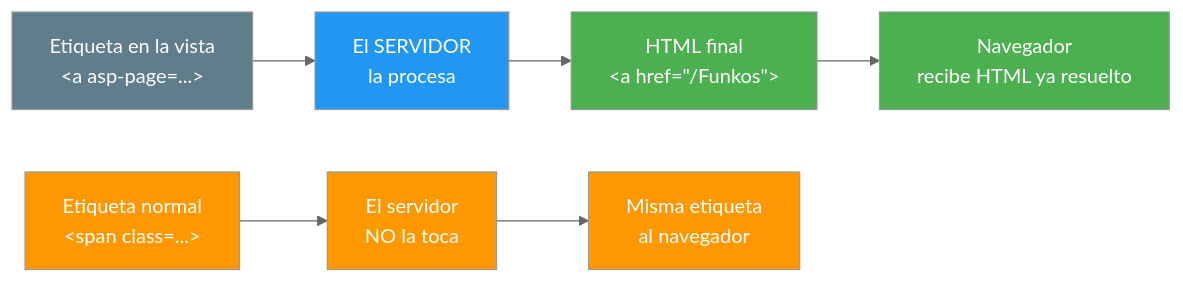
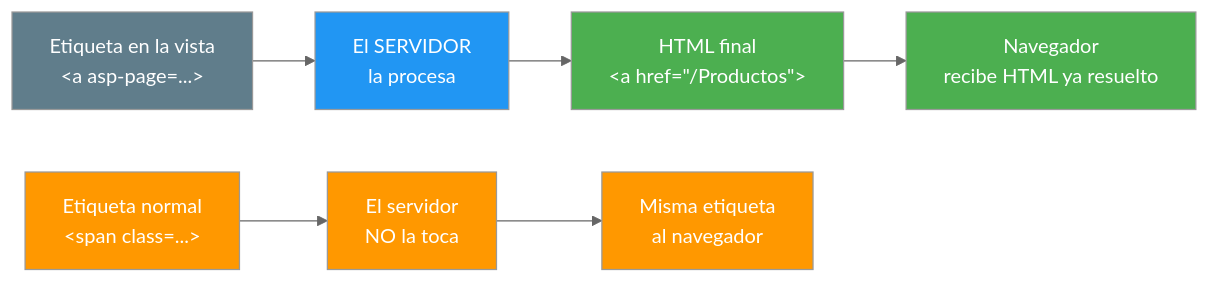
Before and after one commit to joseluisgs/DesarrolloWebEntornosServidor-03-2026-2027: the first of 5 diagrams in 06-taghelpers.md, drawn with Mermaid (neutral theme). The commit also changed other lines of this file, not shown here.

Commit message:
fix: revisar 06 segun el esquema de UD02: Resumen sin diagrama, estilo de redaccion y Productos fuera del Reto

````diff
--- a/06-taghelpers.md
+++ b/06-taghelpers.md
@@ -47,17 +49,17 @@
 ```mermaid
 graph LR
     A["Etiqueta en la vista<br/>&lt;a asp-page=...&gt;"] --> B["El SERVIDOR<br/>la procesa"]
-    B --> C["HTML final<br/>&lt;a href=&quot;/Funkos&quot;&gt;"]
+    B --> C["HTML final<br/>&lt;a href=&quot;/Productos&quot;&gt;"]
     C --> D["Navegador<br/>recibe HTML ya resuelto"]
 
     E["Etiqueta normal<br/>&lt;span class=...&gt;"] --> F["El servidor<br/>NO la toca"]
     F --> G["Misma etiqueta<br/>al navegador"]
 
     style A fill:#607D8B,color:#fff
     style B fill:#2196F3,color:#fff
     style C fill:#4CAF50,color:#fff
     style D fill:#4CAF50,color:#fff
     style E fill:#FF9800,color:#fff
     style F fill:#FF9800,color:#fff
     style G fill:#FF9800,color:#fff
 ```
````
